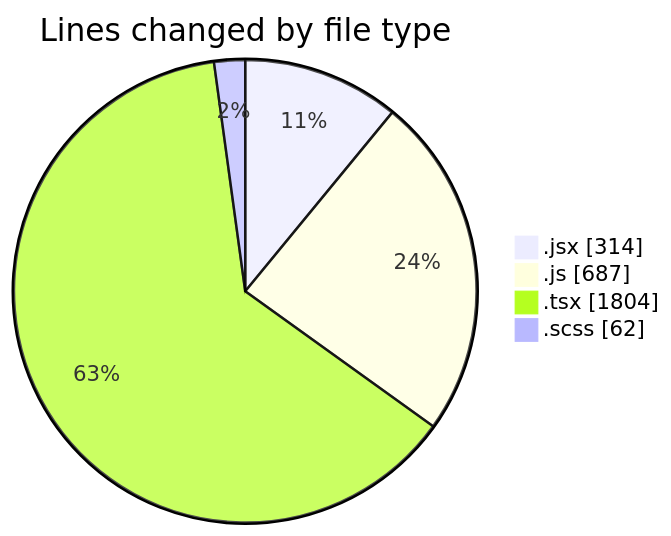
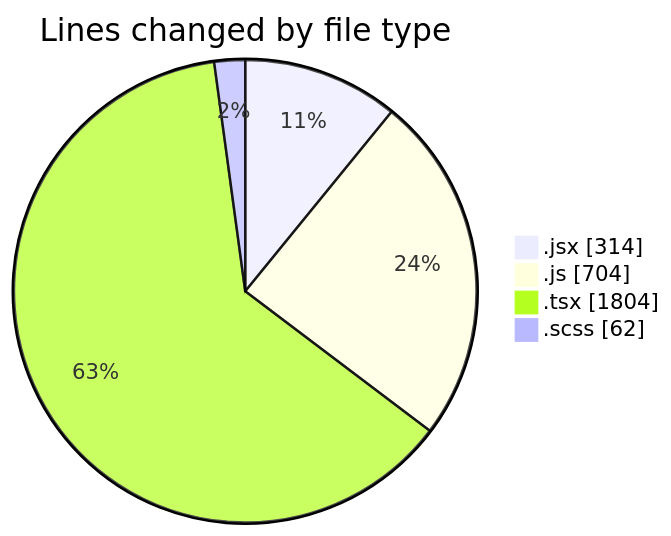
One commit to momahboobian/code-tracking changed the first of 2 diagrams in 2026-02-12/cda/README.md. Above: the diagram before and after it, drawn with Mermaid. The commit also changed other lines of this file and 1 other file, not shown here.

````diff
--- a/2026-02-12/cda/README.md
+++ b/2026-02-12/cda/README.md
@@ -27,8 +27,8 @@
 ```mermaid
 pie showData
 title Lines changed by file type
 ".jsx" : 314
-".js" : 687
+".js" : 704
 ".tsx" : 1804
 ".scss" : 62
 ```
````
